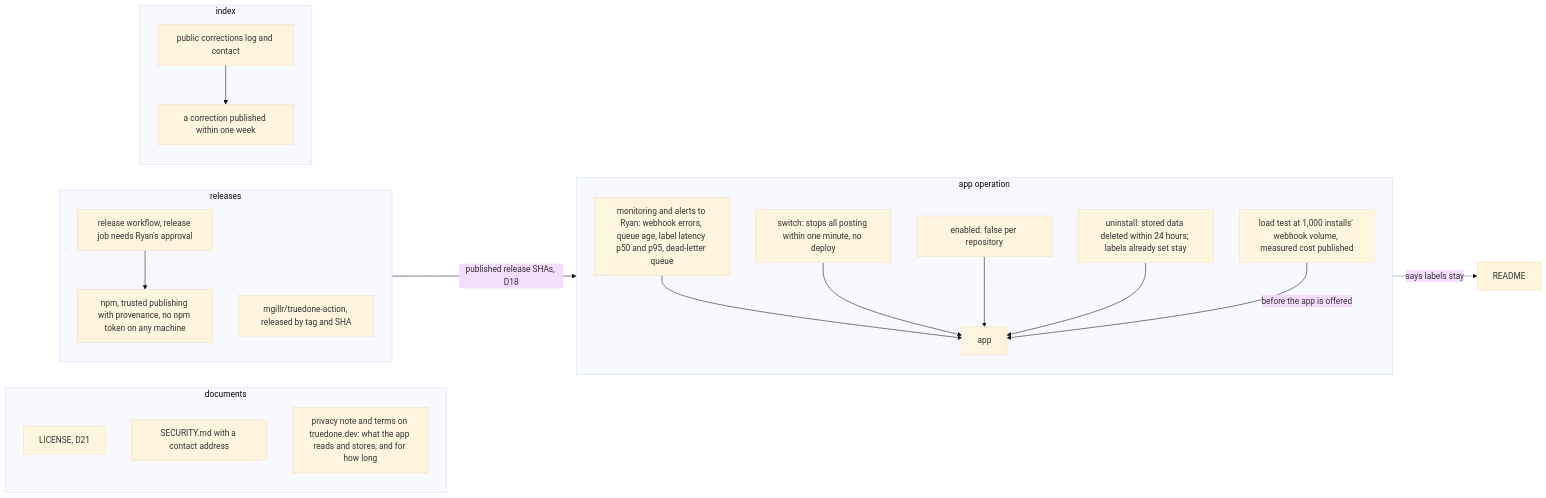
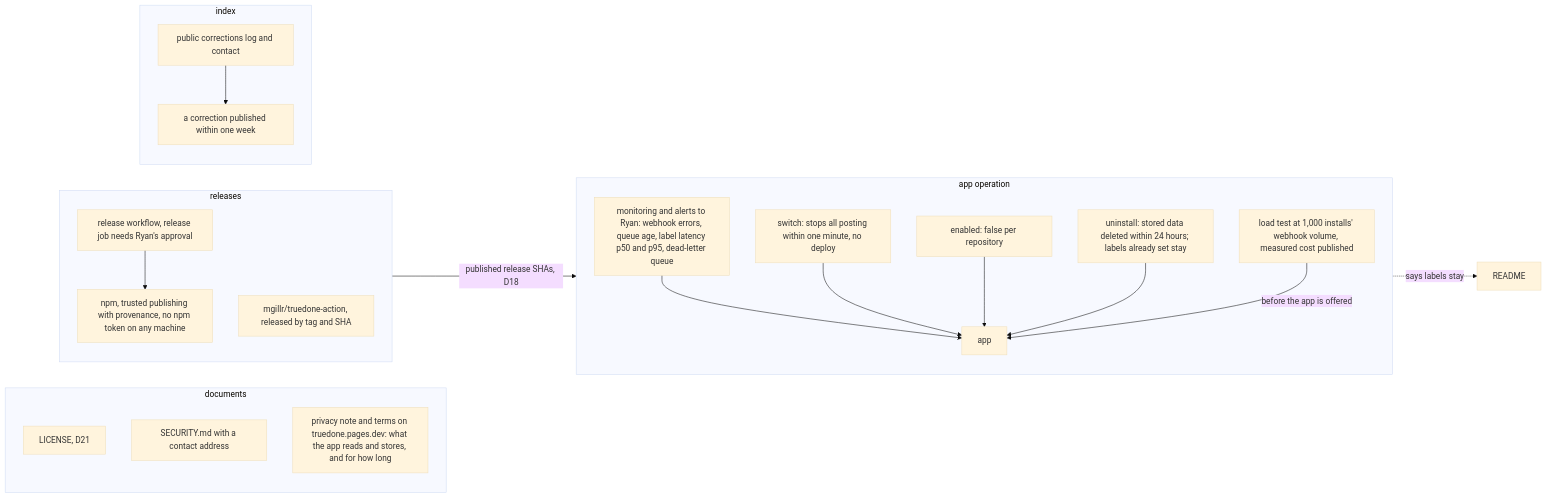
One commit to Truedone/truedone changed the second of 2 diagrams in docs/design/06-release-requirements.md. Above: the diagram before and after it, drawn with Mermaid (base theme). The commit also changed other lines of this file and 10 other files, not shown here.

````diff
--- a/docs/design/06-release-requirements.md
+++ b/docs/design/06-release-requirements.md
@@ -35,39 +35,39 @@
 ```mermaid
 flowchart LR
   subgraph POLICY["documents"]
     direction TB
     LIC["LICENSE, D21"]
     SECM["SECURITY.md with a contact address"]
-    PRIV["privacy note and terms on truedone.dev: what the app reads and stores, and for how long"]
+    PRIV["privacy note and terms on truedone.pages.dev: what the app reads and stores, and for how long"]
   end
   subgraph RELEASE["releases"]
     direction TB
     WF["release workflow, release job needs Ryan's approval"]
     NPM["npm, trusted publishing with provenance, no npm token on any machine"]
     ACTR["mgillr/truedone-action, released by tag and SHA"]
     WF --> NPM
   end
   subgraph APPOPS["app operation"]
     direction TB
     APP["app"]
     MON["monitoring and alerts to Ryan: webhook errors, queue age, label latency p50 and p95, dead-letter queue"]
     SW["switch: stops all posting within one minute, no deploy"]
     EN["enabled: false per repository"]
     UNI["uninstall: stored data deleted within 24 hours; labels already set stay"]
     LT["load test at 1,000 installs' webhook volume, measured cost published"]
   end
   subgraph INDEX["index"]
     direction TB
     CL["public corrections log and contact"]
     CW["a correction published within one week"]
     CL --> CW
   end
   README["README"]
   ACTR -->|published release SHAs, D18| APP
   MON --> APP
   SW --> APP
   EN --> APP
   UNI --> APP
   LT -->|before the app is offered| APP
   UNI -.->|says labels stay| README
 ```
````
